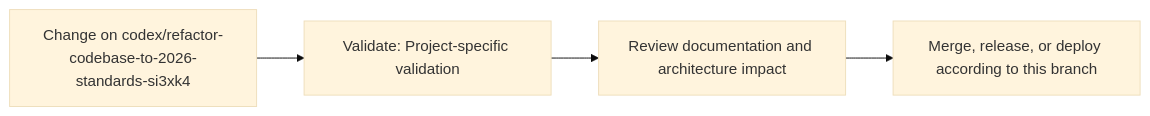
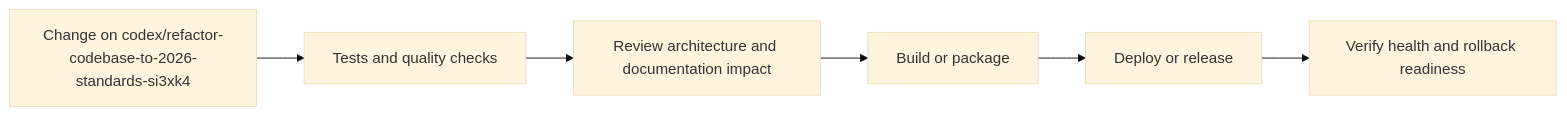
The fourth of 5 diagrams in README.md (Nischhalsubba/Creative-Agency), drawn with Mermaid (base theme) before and after one commit. The commit also changed other lines of this file, not shown here.

````diff
--- a/README.md
+++ b/README.md
@@ -55,8 +123,8 @@
 ```mermaid
 flowchart LR
-    CHANGE["Change on codex/refactor-codebase-to-2026-standards-si3xk4"]
-    CHECK["Validate: Project-specific validation"]
-    REVIEW["Review documentation and architecture impact"]
-    RELEASE["Merge, release, or deploy according to this branch"]
-    CHANGE --> CHECK --> REVIEW --> RELEASE
+    CHANGE["Change on codex/refactor-codebase-to-2026-standards-si3xk4"] --> CHECK["Tests and quality checks"]
+    CHECK --> REVIEW["Review architecture and documentation impact"]
+    REVIEW --> BUILD["Build or package"]
+    BUILD --> DEPLOY["Deploy or release"]
+    DEPLOY --> VERIFY["Verify health and rollback readiness"]
 ```
````
